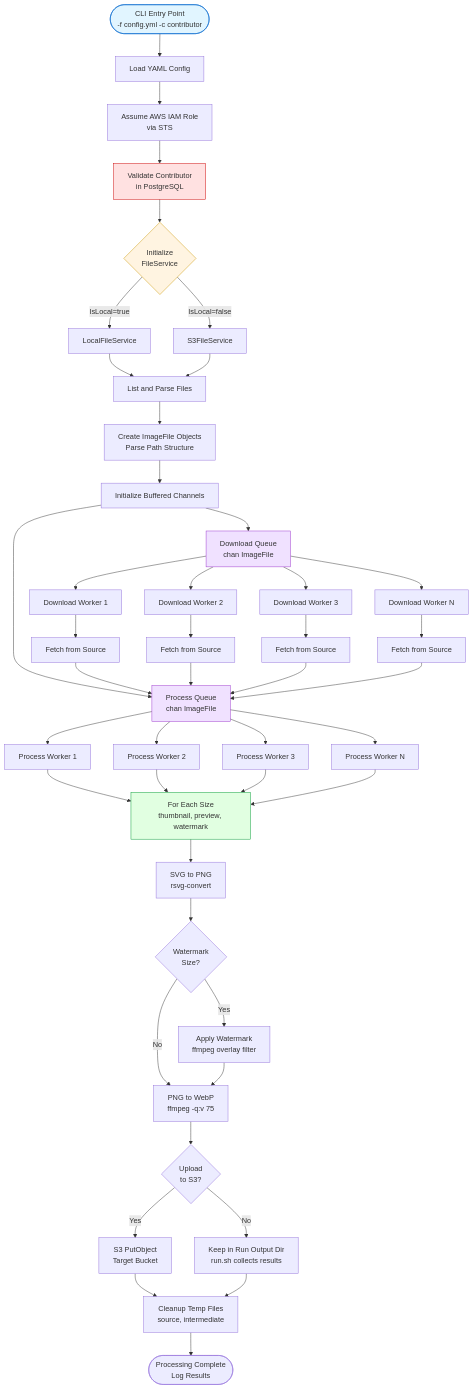
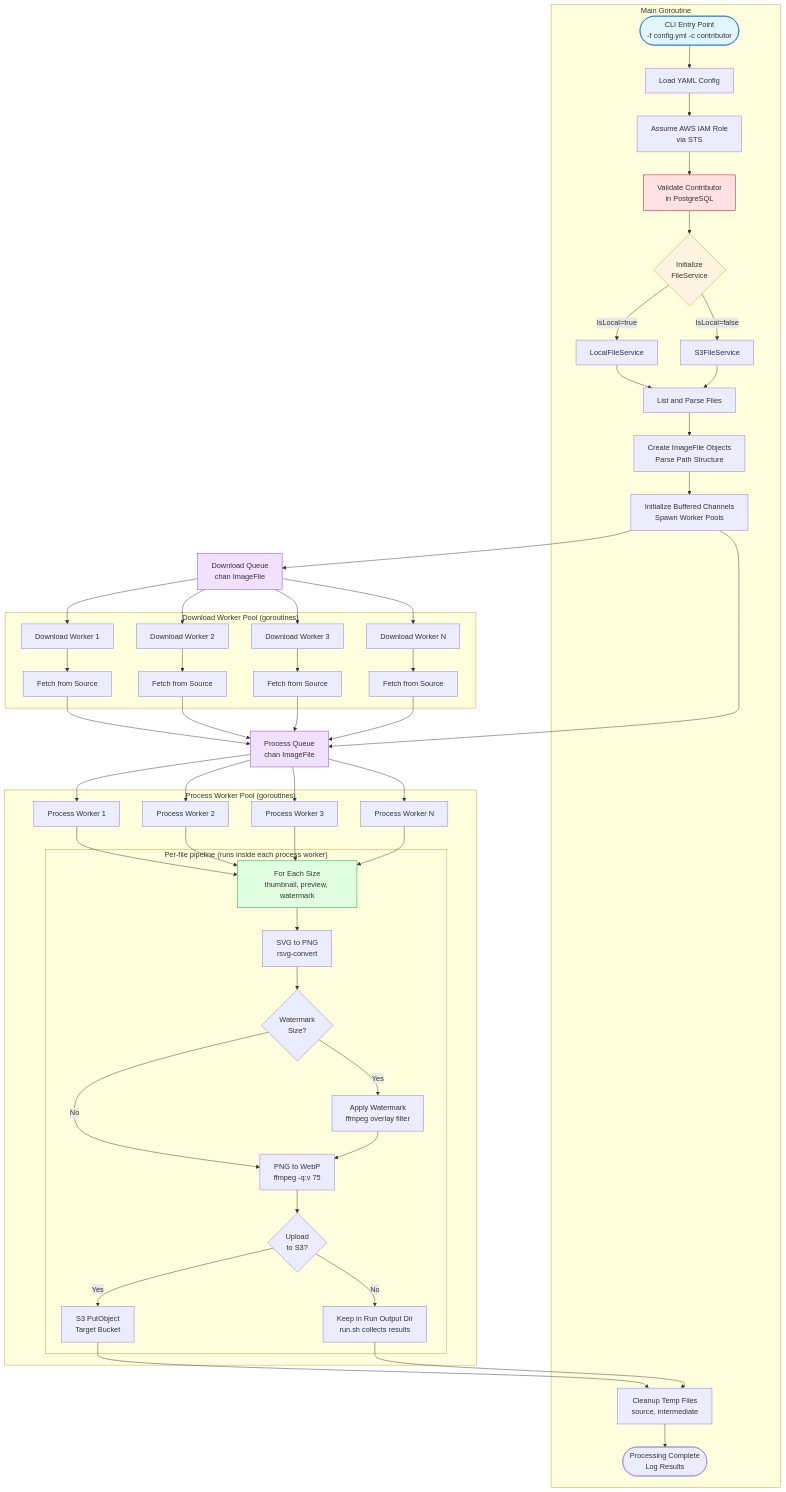
Before and after one commit to iconifyit/go-batch-svg-to-webp: the diagram in diagrams/process-flow.mmd, drawn with Mermaid. The commit also changed 1 other file, not shown here.

Commit message:
docs: structure process-flow diagram by execution hierarchy (main goroutine, worker pools, nested pipeline)

```diff
--- a/diagrams/process-flow.mmd
+++ b/diagrams/process-flow.mmd
@@ -1,65 +1,78 @@
 graph TB
-    START([CLI Entry Point<br/>-f config.yml -c contributor]) --> CONFIG[Load YAML Config]
+    subgraph MAIN["Main Goroutine"]
+        START([CLI Entry Point<br/>-f config.yml -c contributor]) --> CONFIG[Load YAML Config]
+        CONFIG --> ROLE[Assume AWS IAM Role<br/>via STS]
+        ROLE --> VALIDATE[Validate Contributor<br/>in PostgreSQL]
+        VALIDATE --> FILESERVICE{Initialize<br/>FileService}
 
-    CONFIG --> ROLE[Assume AWS IAM Role<br/>via STS]
-    ROLE --> VALIDATE[Validate Contributor<br/>in PostgreSQL]
-    VALIDATE --> FILESERVICE{Initialize<br/>FileService}
+        FILESERVICE -->|IsLocal=true| LOCAL[LocalFileService]
+        FILESERVICE -->|IsLocal=false| S3FS[S3FileService]
 
-    FILESERVICE -->|IsLocal=true| LOCAL[LocalFileService]
-    FILESERVICE -->|IsLocal=false| S3FS[S3FileService]
+        LOCAL --> LISTFILES[List and Parse Files]
+        S3FS --> LISTFILES
 
-    LOCAL --> LISTFILES[List and Parse Files]
-    S3FS --> LISTFILES
+        LISTFILES --> IMAGEFILES[Create ImageFile Objects<br/>Parse Path Structure]
+        IMAGEFILES --> QUEUES[Initialize Buffered Channels<br/>Spawn Worker Pools]
 
-    LISTFILES --> IMAGEFILES[Create ImageFile Objects<br/>Parse Path Structure]
-    IMAGEFILES --> QUEUES[Initialize Buffered Channels]
+        CLEANUP[Cleanup Temp Files<br/>source, intermediate] --> DONE([Processing Complete<br/>Log Results])
+    end
 
     QUEUES --> DOWNLOADQ[Download Queue<br/>chan ImageFile]
     QUEUES --> PROCESSQ[Process Queue<br/>chan ImageFile]
 
-    DOWNLOADQ --> DLW1[Download Worker 1]
-    DOWNLOADQ --> DLW2[Download Worker 2]
-    DOWNLOADQ --> DLW3[Download Worker 3]
-    DOWNLOADQ --> DLWN[Download Worker N]
+    subgraph DLPOOL["Download Worker Pool (goroutines)"]
+        DLW1[Download Worker 1] --> FETCH1[Fetch from Source]
+        DLW2[Download Worker 2] --> FETCH2[Fetch from Source]
+        DLW3[Download Worker 3] --> FETCH3[Fetch from Source]
+        DLWN[Download Worker N] --> FETCHN[Fetch from Source]
+    end
 
-    DLW1 --> FETCH1[Fetch from Source]
-    DLW2 --> FETCH2[Fetch from Source]
-    DLW3 --> FETCH3[Fetch from Source]
-    DLWN --> FETCHN[Fetch from Source]
+    DOWNLOADQ --> DLW1
+    DOWNLOADQ --> DLW2
+    DOWNLOADQ --> DLW3
+    DOWNLOADQ --> DLWN
 
     FETCH1 --> PROCESSQ
     FETCH2 --> PROCESSQ
     FETCH3 --> PROCESSQ
     FETCHN --> PROCESSQ
 
-    PROCESSQ --> PW1[Process Worker 1]
-    PROCESSQ --> PW2[Process Worker 2]
-    PROCESSQ --> PW3[Process Worker 3]
-    PROCESSQ --> PWN[Process Worker N]
+    subgraph PWPOOL["Process Worker Pool (goroutines)"]
+        PW1[Process Worker 1]
+        PW2[Process Worker 2]
+        PW3[Process Worker 3]
+        PWN[Process Worker N]
 
-    PW1 --> SIZES[For Each Size<br/>thumbnail, preview, watermark]
-    PW2 --> SIZES
-    PW3 --> SIZES
-    PWN --> SIZES
-    SIZES --> SVG2PNG[SVG to PNG<br/>rsvg-convert]
+        subgraph PIPELINE["Per-file pipeline (runs inside each process worker)"]
+            SIZES[For Each Size<br/>thumbnail, preview, watermark] --> SVG2PNG[SVG to PNG<br/>rsvg-convert]
 
-    SVG2PNG --> CHECKWM{Watermark<br/>Size?}
-    CHECKWM -->|Yes| APPLYWM[Apply Watermark<br/>ffmpeg overlay filter]
-    CHECKWM -->|No| PNG2WEBP[PNG to WebP<br/>ffmpeg -q:v 75]
-    APPLYWM --> PNG2WEBP
+            SVG2PNG --> CHECKWM{Watermark<br/>Size?}
+            CHECKWM -->|Yes| APPLYWM[Apply Watermark<br/>ffmpeg overlay filter]
+            CHECKWM -->|No| PNG2WEBP[PNG to WebP<br/>ffmpeg -q:v 75]
+            APPLYWM --> PNG2WEBP
 
-    PNG2WEBP --> UPLOADCHECK{Upload<br/>to S3?}
-    UPLOADCHECK -->|Yes| S3UPLOAD[S3 PutObject<br/>Target Bucket]
-    UPLOADCHECK -->|No| LOCALSAVE[Keep in Run Output Dir<br/>run.sh collects results]
+            PNG2WEBP --> UPLOADCHECK{Upload<br/>to S3?}
+            UPLOADCHECK -->|Yes| S3UPLOAD[S3 PutObject<br/>Target Bucket]
+            UPLOADCHECK -->|No| LOCALSAVE[Keep in Run Output Dir<br/>run.sh collects results]
+        end
 
-    S3UPLOAD --> CLEANUP[Cleanup Temp Files<br/>source, intermediate]
+        PW1 --> SIZES
+        PW2 --> SIZES
+        PW3 --> SIZES
+        PWN --> SIZES
+    end
+
+    PROCESSQ --> PW1
+    PROCESSQ --> PW2
+    PROCESSQ --> PW3
+    PROCESSQ --> PWN
+
+    S3UPLOAD --> CLEANUP
     LOCALSAVE --> CLEANUP
-
-    CLEANUP --> DONE([Processing Complete<br/>Log Results])
 
     style START fill:#e1f5ff,stroke:#0066cc
     style FILESERVICE fill:#fff4e1,stroke:#cc9900
     style DOWNLOADQ fill:#f0e1ff,stroke:#9933cc
     style PROCESSQ fill:#f0e1ff,stroke:#9933cc
     style SIZES fill:#e1ffe1,stroke:#009933
     style VALIDATE fill:#ffe1e1,stroke:#cc0000
```
